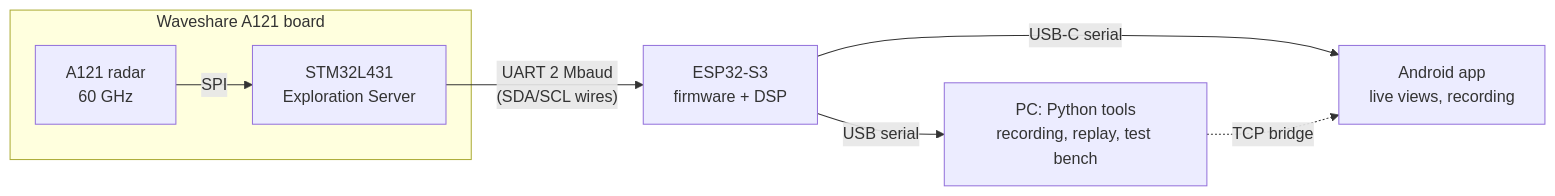
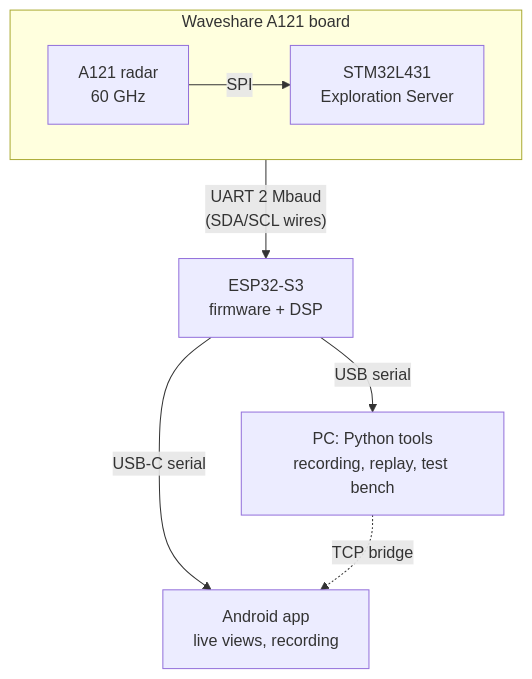
Before and after one commit to juvenile454/radar-sensor: the diagram in README.md, drawn with Mermaid. The commit also changed 1 other file, not shown here.

Commit message:
Docs: fix table cell split in EXPERIMENTS M3, taller README diagram
Pipes inside a math span and two code spans split the M3 table cell on
GitHub; use \lvert/\rvert and escaped pipes. The flow diagram is laid out
top to bottom so it renders larger.

````diff
--- a/README.md
+++ b/README.md
@@ -68,10 +68,11 @@
 ```mermaid
-flowchart LR
+flowchart TB
     subgraph board["Waveshare A121 board"]
+        direction LR
         A121["A121 radar<br/>60 GHz"] -- SPI --> STM["STM32L431<br/>Exploration Server"]
     end
     STM -- "UART 2 Mbaud<br/>(SDA/SCL wires)" --> ESP["ESP32-S3<br/>firmware + DSP"]
     ESP -- "USB-C serial" --> APP["Android app<br/>live views, recording"]
     ESP -- "USB serial" --> PC["PC: Python tools<br/>recording, replay, test bench"]
     PC -. "TCP bridge" .-> APP
 ```
````
